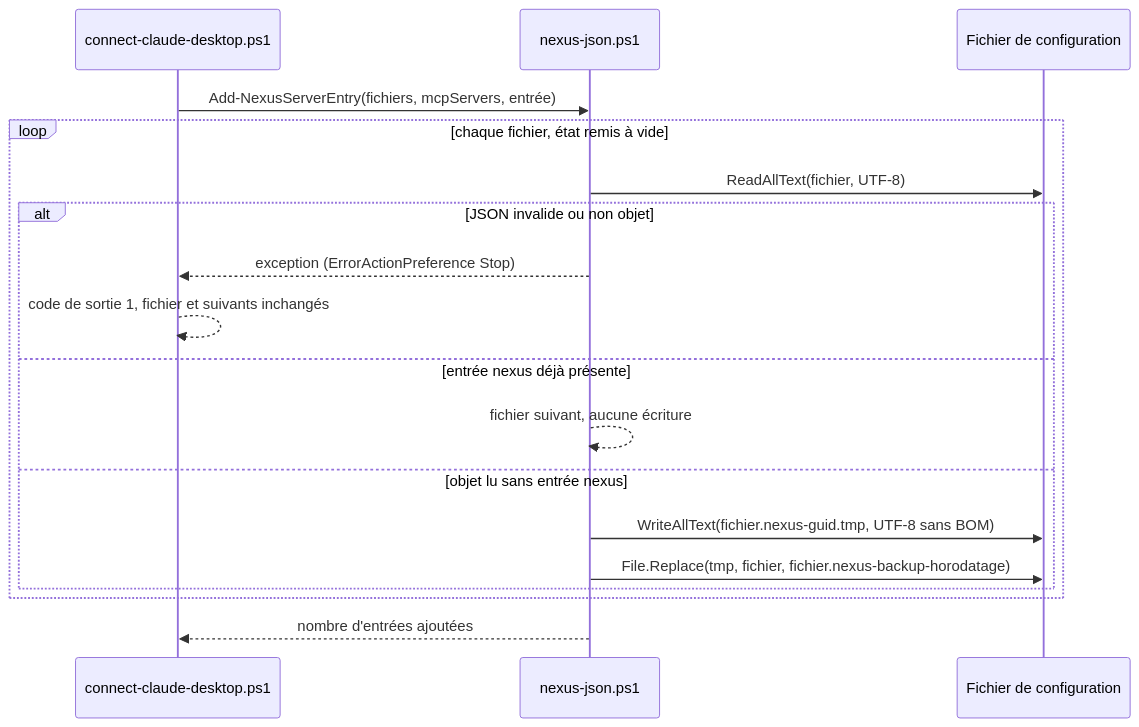
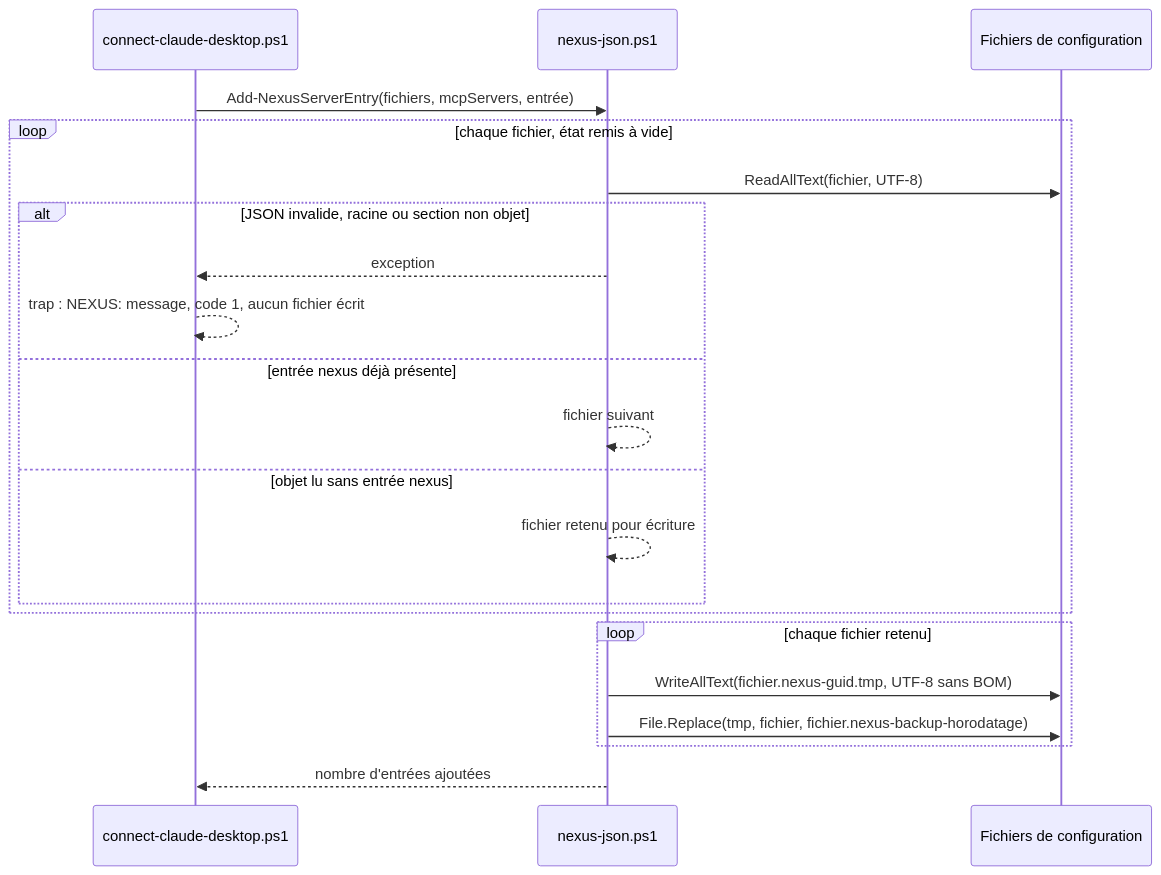
The diagram in docs/developer/release-and-recovery.md (FTurleque/nexus-context-engine), drawn with Mermaid before and after one commit. The commit also changed other lines of this file and 18 other files, not shown here.

````diff
--- a/docs/developer/release-and-recovery.md
+++ b/docs/developer/release-and-recovery.md
@@ -341,20 +342,23 @@
 ```mermaid
 sequenceDiagram
     participant S as connect-claude-desktop.ps1
     participant J as nexus-json.ps1
-    participant F as Fichier de configuration
+    participant F as Fichiers de configuration
     S->>J: Add-NexusServerEntry(fichiers, mcpServers, entrée)
     loop chaque fichier, état remis à vide
         J->>F: ReadAllText(fichier, UTF-8)
-        alt JSON invalide ou non objet
-            J-->>S: exception (ErrorActionPreference Stop)
-            S-->>S: code de sortie 1, fichier et suivants inchangés
+        alt JSON invalide, racine ou section non objet
+            J-->>S: exception
+            S-->>S: trap : NEXUS: message, code 1, aucun fichier écrit
         else entrée nexus déjà présente
-            J-->>J: fichier suivant, aucune écriture
+            J-->>J: fichier suivant
         else objet lu sans entrée nexus
-            J->>F: WriteAllText(fichier.nexus-guid.tmp, UTF-8 sans BOM)
-            J->>F: File.Replace(tmp, fichier, fichier.nexus-backup-horodatage)
+            J-->>J: fichier retenu pour écriture
         end
+    end
+    loop chaque fichier retenu
+        J->>F: WriteAllText(fichier.nexus-guid.tmp, UTF-8 sans BOM)
+        J->>F: File.Replace(tmp, fichier, fichier.nexus-backup-horodatage)
     end
     J-->>S: nombre d'entrées ajoutées
 ```
````
